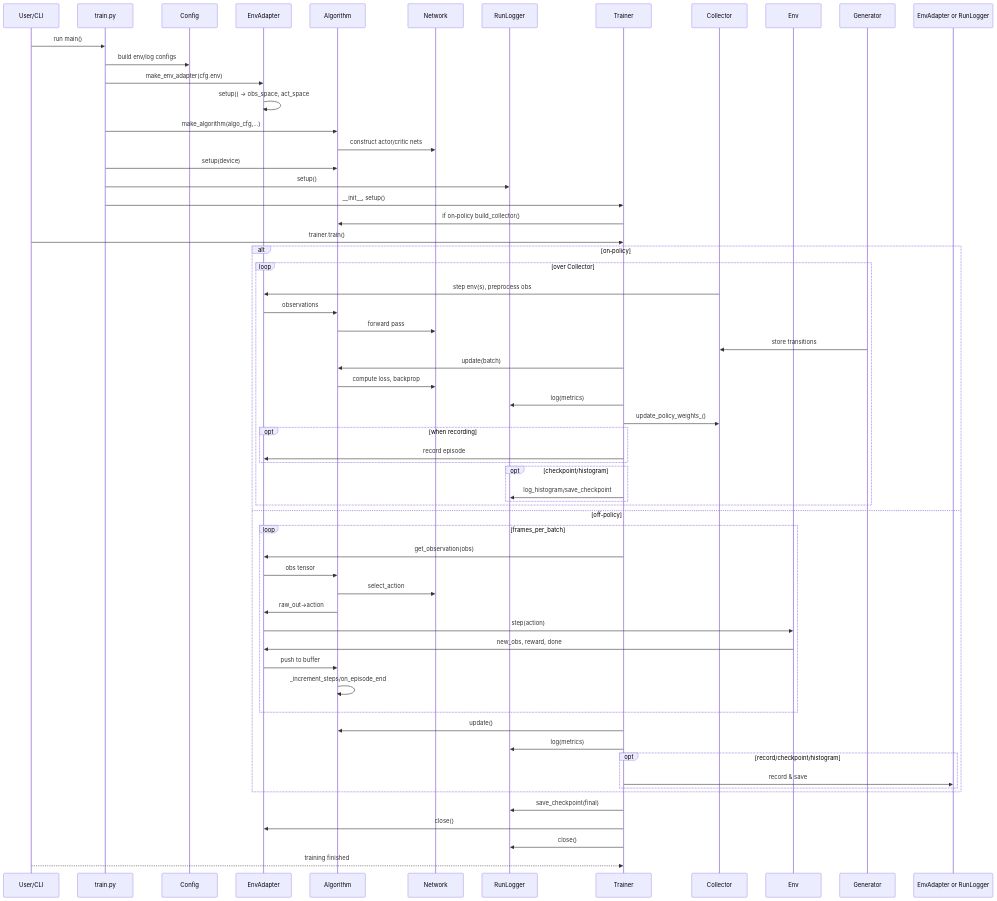
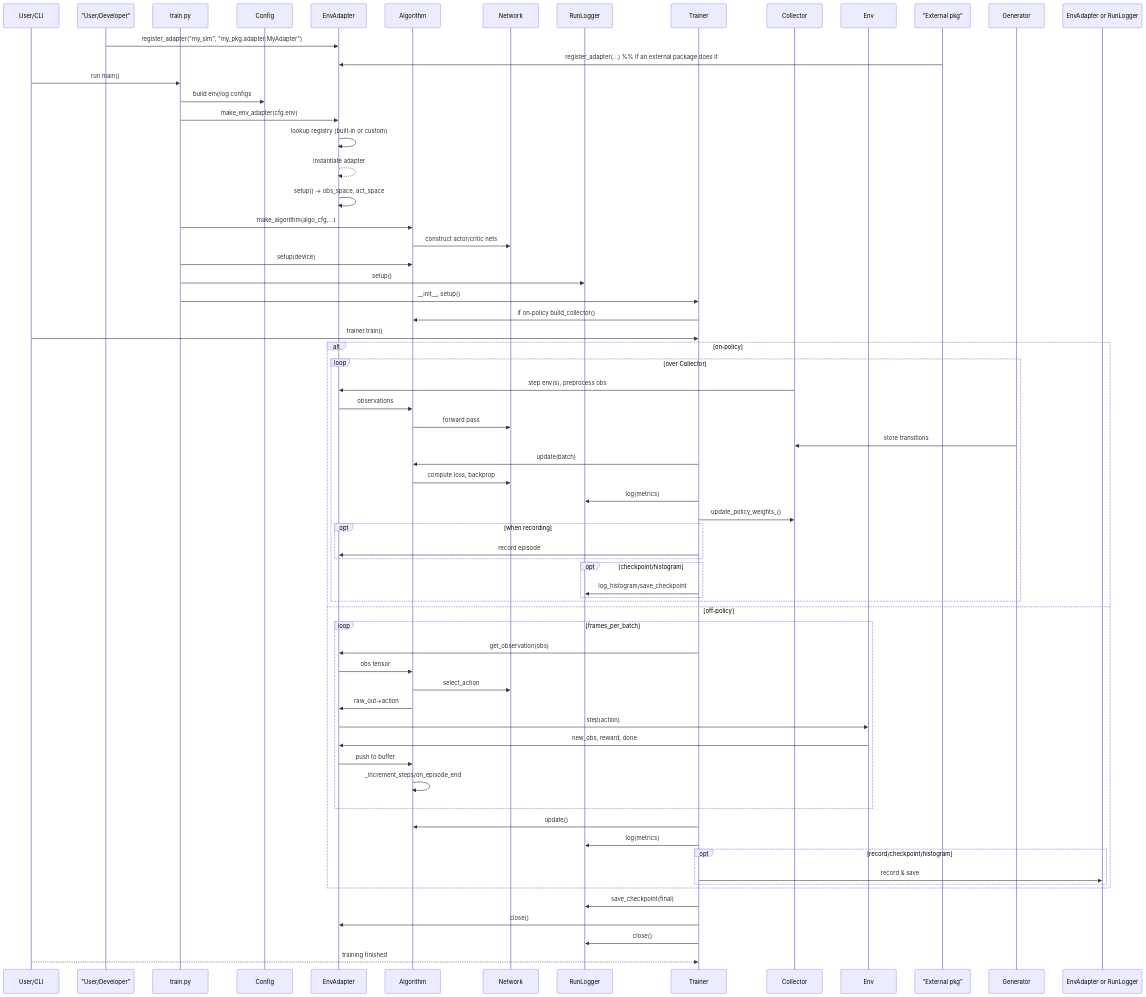
Before and after one commit to nomi181472/rl-template: the diagram in train.mmd, drawn with Mermaid. The commit also changed 1 other file, not shown here.

Commit message:
mermaid updated

```diff
--- a/train.mmd
+++ b/train.mmd
@@ -1,68 +1,76 @@
 sequenceDiagram
     %% participants
     participant User/CLI
+    participant User/Dev        as "User/Developer"
     participant train.py
     participant Config
     participant EnvAdapter
     participant Algorithm
     participant Network
     participant RunLogger
     participant Trainer
     participant Collector
     participant Env
+    participant ExtPkg         as "External pkg"
+
+    %% custom env registration (optional)
+    User/Dev->>EnvAdapter: register_adapter("my_sim", "my_pkg.adapter:MyAdapter")
+    ExtPkg->>EnvAdapter: register_adapter(...)  %% if an external package does it
 
     %% startup
     User/CLI->>train.py: run main()
     train.py->>Config: build env/log configs
     train.py->>EnvAdapter: make_env_adapter(cfg.env)
+    EnvAdapter->>EnvAdapter: lookup registry (built‑in or custom)
+    EnvAdapter-->>EnvAdapter: instantiate adapter
     EnvAdapter->>EnvAdapter: setup() → obs_space, act_space
     train.py->>Algorithm: make_algorithm(algo_cfg,…)
     Algorithm->>Network: construct actor/critic nets
     train.py->>Algorithm: setup(device)
     train.py->>RunLogger: setup()
     train.py->>Trainer: __init__, setup()
     Trainer->>Algorithm: if on‑policy build_collector()
 
     %% training loop entry
     User/CLI->>Trainer: trainer.train()
 
     alt on‑policy
         loop over Collector
             Collector->>EnvAdapter: step env(s), preprocess obs
             EnvAdapter->>Algorithm: observations
             Algorithm->>Network: forward pass
             Generator->>Collector: store transitions
             Trainer->>Algorithm: update(batch)
             Algorithm->>Network: compute loss, backprop
             Trainer->>RunLogger: log(metrics)
             Trainer->>Collector: update_policy_weights_()
             opt when recording
                 Trainer->>EnvAdapter: record episode
             end
             opt checkpoint/histogram
                 Trainer->>RunLogger: log_histogram/save_checkpoint
             end
         end
     else off‑policy
         loop frames_per_batch
             Trainer->>EnvAdapter: get_observation(obs)
             EnvAdapter->>Algorithm: obs tensor
             Algorithm->>Network: select_action
             Algorithm->>EnvAdapter: raw_out→action
             EnvAdapter->>Env: step(action)
             Env->>EnvAdapter: new_obs, reward, done
             EnvAdapter->>Algorithm: push to buffer
             Algorithm->>Algorithm: _increment_steps/on_episode_end
         end
         Trainer->>Algorithm: update()
         Trainer->>RunLogger: log(metrics)
         opt record/checkpoint/histogram
             Trainer->>EnvAdapter or RunLogger: record & save
         end
     end
 
     %% teardown
     Trainer->>RunLogger: save_checkpoint(final)
     Trainer->>EnvAdapter: close()
     Trainer->>RunLogger: close()
     User/CLI-->>Trainer: training finished
```
